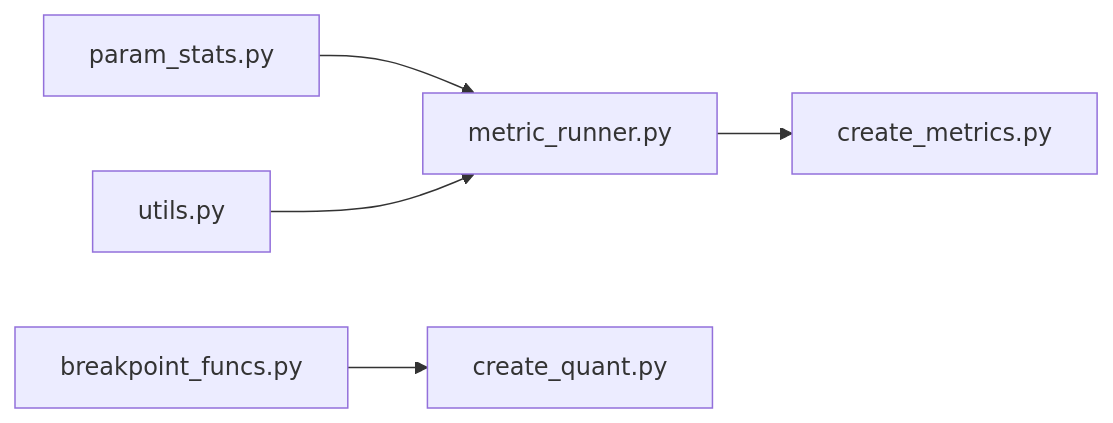
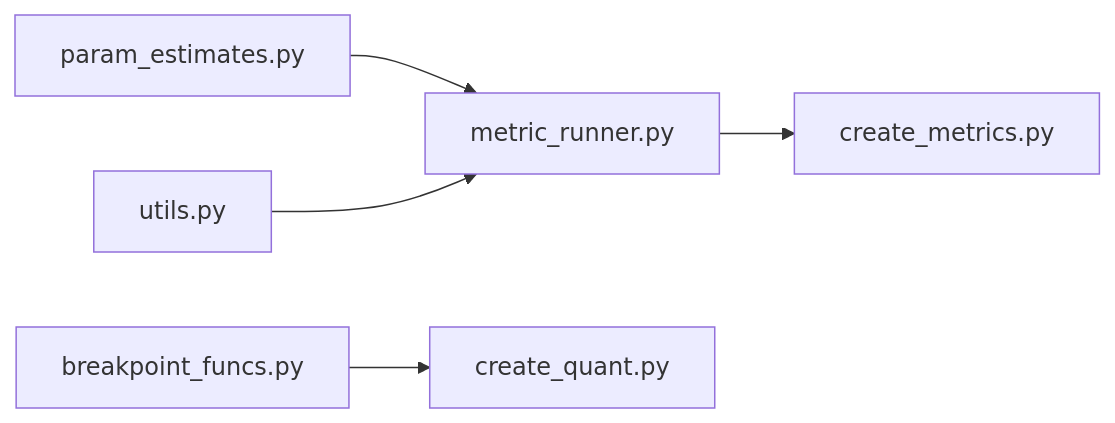
One commit to MSCA-DN-Digital-Finance/tsfm_causal_analysis changed the first of 2 diagrams in src/analysis/README.md. Above: the diagram before and after it, drawn with Mermaid. The commit also changed other lines of this file and 10 other files, not shown here.

````diff
--- a/src/analysis/README.md
+++ b/src/analysis/README.md
@@ -9,7 +9,7 @@
 ```mermaid
 graph LR
-    param_stats[param_stats.py] --> metric_runner[metric_runner.py]
+    param_estimates[param_estimates.py] --> metric_runner[metric_runner.py]
     utils[utils.py] --> metric_runner
     metric_runner --> create_metrics[create_metrics.py]
     breakpoint_funcs[breakpoint_funcs.py] --> create_quant[create_quant.py]
 ```
````
